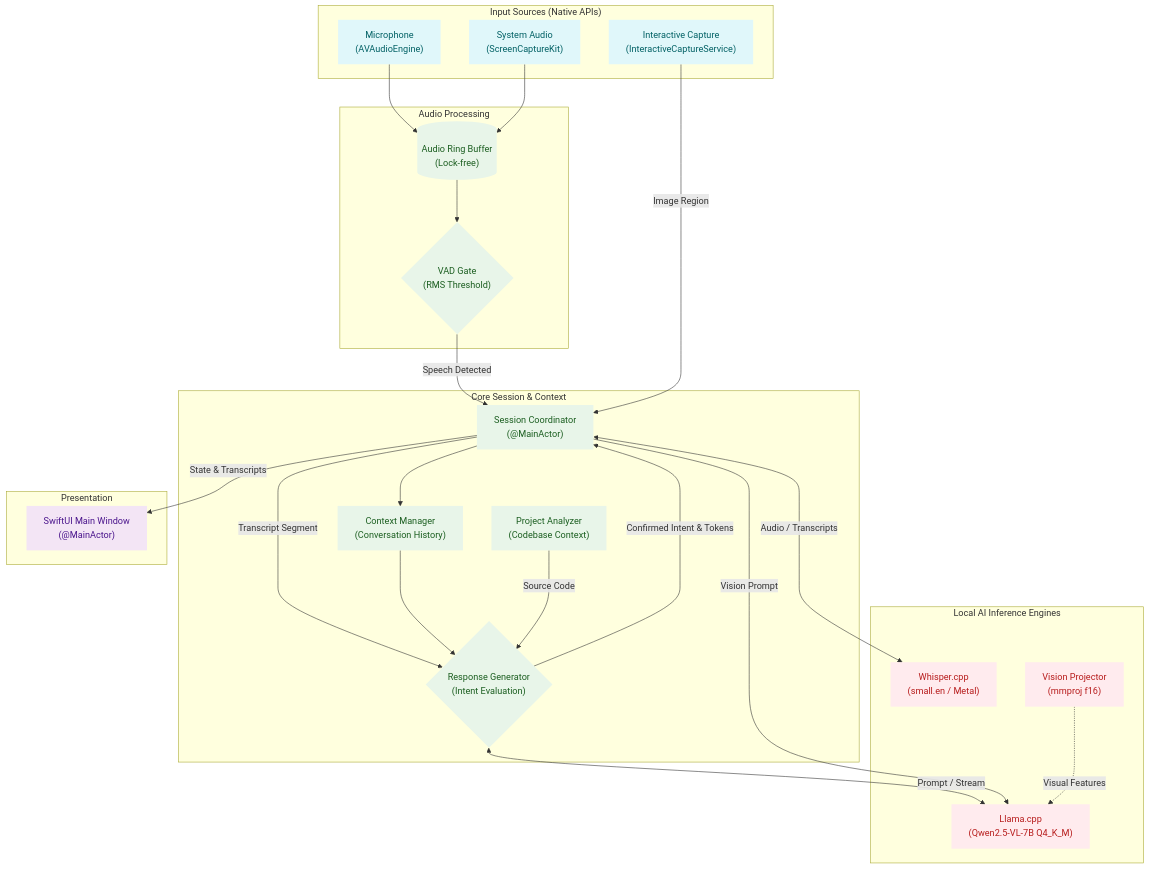
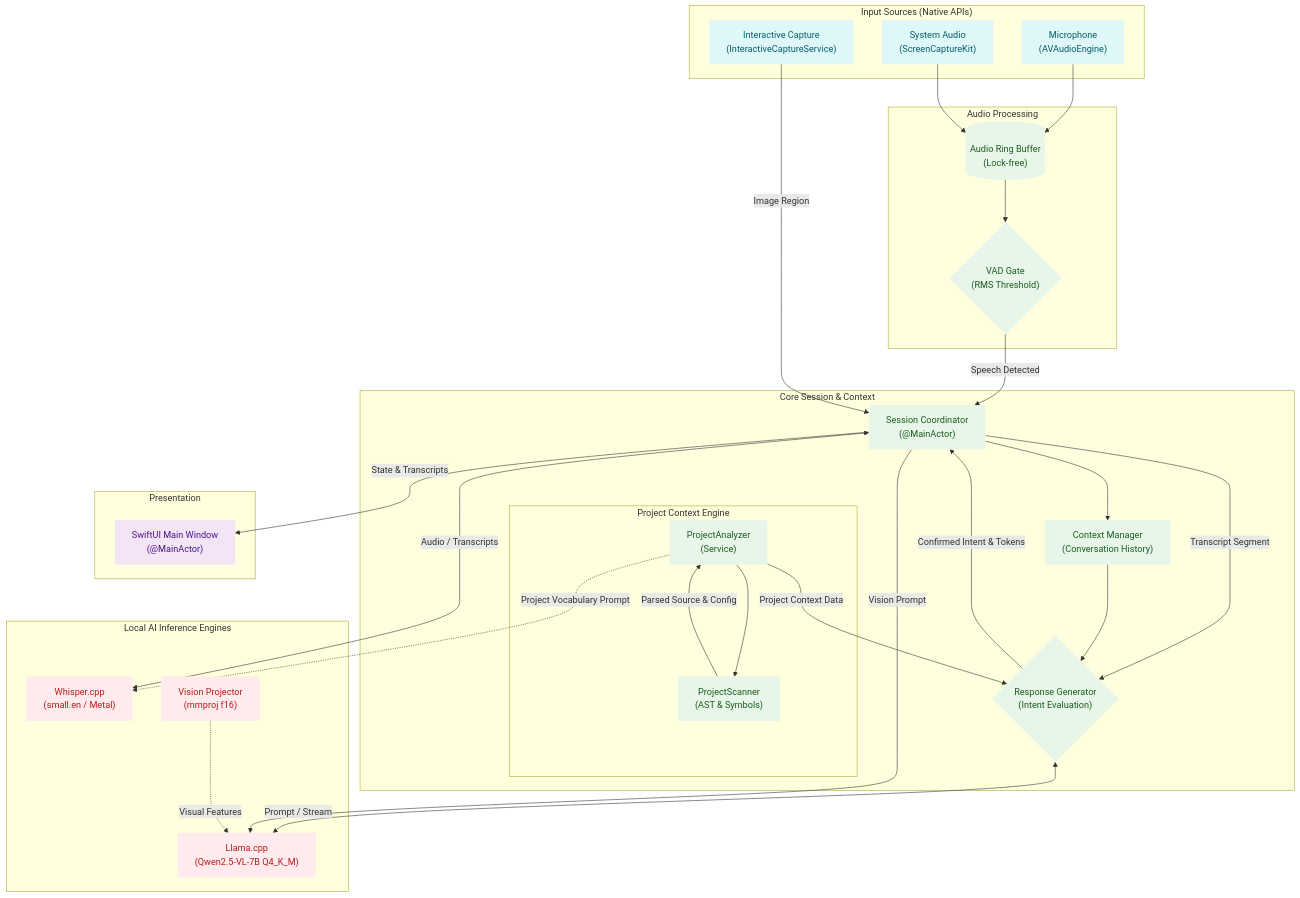
Before and after one commit to BGYKanishka/butler: the diagram in README.md, drawn with Mermaid. The commit also changed other lines of this file and 29 other files, not shown here.

Commit message:
refactor: modularize project analysis into dedicated scanner, parser, and extractor components

````diff
--- a/README.md
+++ b/README.md
@@ -36,58 +36,65 @@
 ```mermaid
 graph TD
     %% Styling (Light & Clean)
     classDef native fill:#e0f7fa,stroke:none,stroke-width:0px,color:#006064
     classDef engine fill:#ffebee,stroke:none,stroke-width:0px,color:#b71c1c
     classDef logic fill:#e8f5e9,stroke:none,stroke-width:0px,color:#1b5e20
     classDef ui fill:#f3e5f5,stroke:none,stroke-width:0px,color:#4a148c
 
     subgraph Inputs ["Input Sources (Native APIs)"]
         Mic["Microphone\n(AVAudioEngine)"]:::native
         SysAudio["System Audio\n(ScreenCaptureKit)"]:::native
         ScreenCap["Interactive Capture\n(InteractiveCaptureService)"]:::native
     end
 
     subgraph AudioProcessing ["Audio Processing"]
         RingBuffer[("Audio Ring Buffer\n(Lock-free)")]:::logic
         VAD{"VAD Gate\n(RMS Threshold)"}:::logic
     end
 
     subgraph AIEngines ["Local AI Inference Engines"]
         Whisper["Whisper.cpp\n(small.en / Metal)"]:::engine
         Llama["Llama.cpp\n(Qwen2.5-VL-7B Q4_K_M)"]:::engine
         Mmproj["Vision Projector\n(mmproj f16)"]:::engine
     end
 
     subgraph CoreOrchestration ["Core Session & Context"]
         Coordinator["Session Coordinator\n(@MainActor)"]:::logic
         Context["Context Manager\n(Conversation History)"]:::logic
-        ProjectAnalyzer["Project Analyzer\n(Codebase Context)"]:::logic
         Intent{"Response Generator\n(Intent Evaluation)"}:::logic
+        
+        subgraph CodeContext ["Project Context Engine"]
+            ProjectAnalyzer["ProjectAnalyzer\n(Service)"]:::logic
+            ProjectScanner["ProjectScanner\n(AST & Symbols)"]:::logic
+        end
     end
 
     subgraph UserInterface ["Presentation"]
         MainWindow["SwiftUI Main Window\n(@MainActor)"]:::ui
     end
 
     %% Flow
     Mic --> RingBuffer
     SysAudio --> RingBuffer
     RingBuffer --> VAD
     VAD -- "Speech Detected" --> Coordinator
     
     Coordinator <-->|"Audio / Transcripts"| Whisper
     Coordinator --> Context
     Coordinator -- "Transcript Segment" --> Intent
     
     Context --> Intent
-    ProjectAnalyzer -- "Source Code" --> Intent
+    ProjectAnalyzer --> ProjectScanner
+    ProjectScanner -- "Parsed Source & Config" --> ProjectAnalyzer
+    ProjectAnalyzer -- "Project Context Data" --> Intent
+    ProjectAnalyzer -. "Project Vocabulary Prompt" .-> Whisper
     
     Intent <-->|"Prompt / Stream"| Llama
     Intent -- "Confirmed Intent & Tokens" --> Coordinator
     
     ScreenCap -- "Image Region" --> Coordinator
     Coordinator -- "Vision Prompt" --> Llama
     Mmproj -. "Visual Features" .-> Llama
     
     Coordinator -- "State & Transcripts" --> MainWindow
 ```
````
